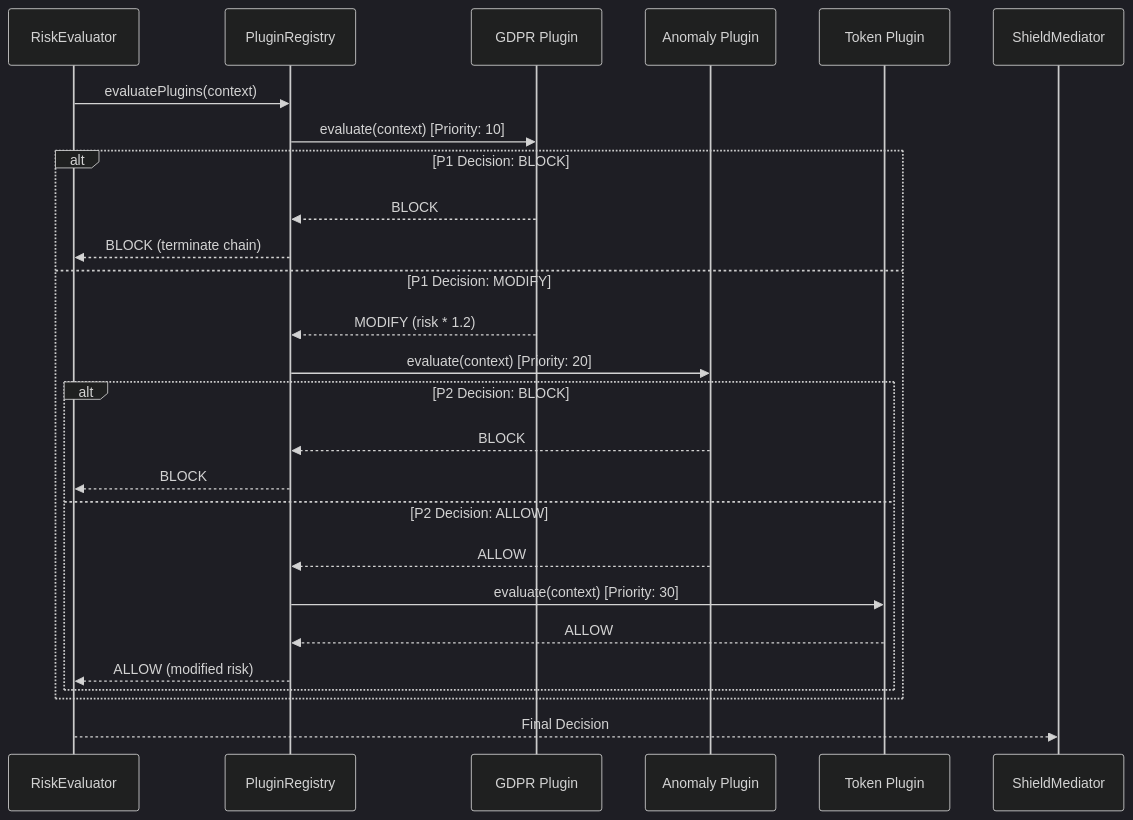
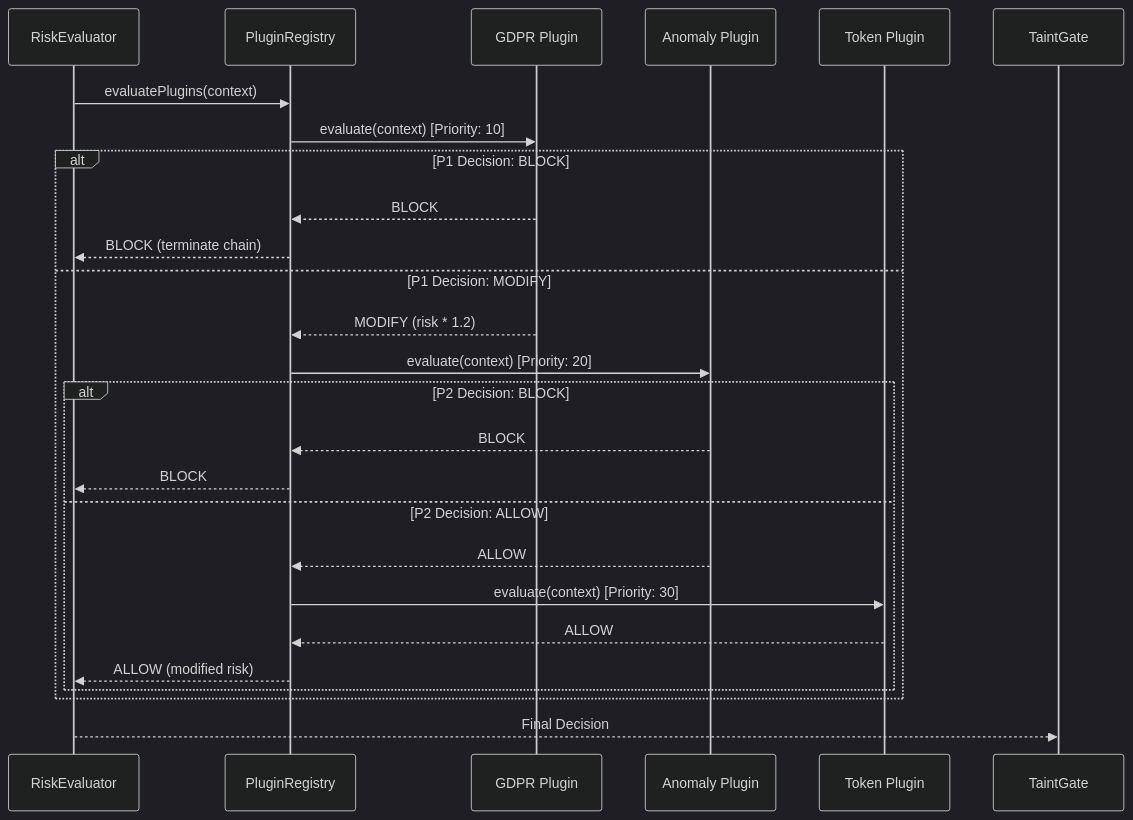
One commit to kiranv926/mcp-shield changed the second of 2 diagrams in docs/plugin-architecture.md. Above: the diagram before and after it, drawn with Mermaid (dark theme). The commit also changed other lines of this file and 67 other files, not shown here.

First line of the commit message:
refactor(brand): rename MCP-Shield -> TaintGate across the project

````diff
--- a/docs/plugin-architecture.md
+++ b/docs/plugin-architecture.md
@@ -50,29 +50,29 @@
 ```mermaid
 sequenceDiagram
     participant RE as RiskEvaluator
     participant PR as PluginRegistry
     participant P1 as GDPR Plugin
     participant P2 as Anomaly Plugin
     participant P3 as Token Plugin
-    participant Mediator as ShieldMediator
+    participant Mediator as TaintGate
     
     RE->>PR: evaluatePlugins(context)
     PR->>P1: evaluate(context) [Priority: 10]
     alt P1 Decision: BLOCK
         P1-->>PR: BLOCK
         PR-->>RE: BLOCK (terminate chain)
     else P1 Decision: MODIFY
         P1-->>PR: MODIFY (risk * 1.2)
         PR->>P2: evaluate(context) [Priority: 20]
         alt P2 Decision: BLOCK
             P2-->>PR: BLOCK
             PR-->>RE: BLOCK
         else P2 Decision: ALLOW
             P2-->>PR: ALLOW
             PR->>P3: evaluate(context) [Priority: 30]
             P3-->>PR: ALLOW
             PR-->>RE: ALLOW (modified risk)
         end
     end
     RE-->>Mediator: Final Decision
 ```
````
